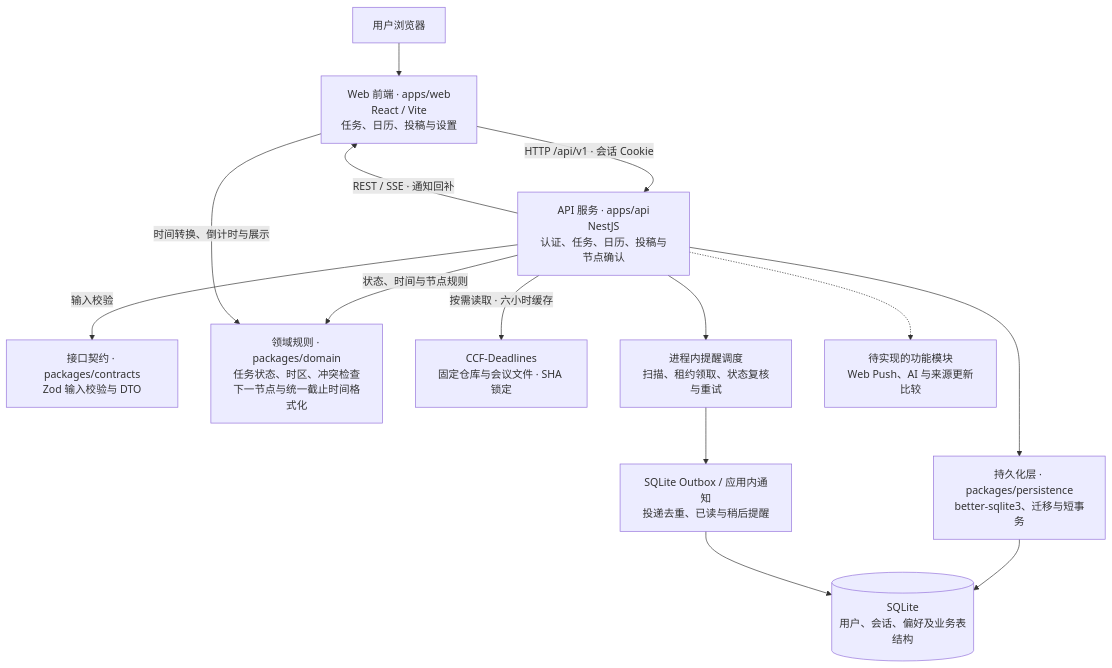
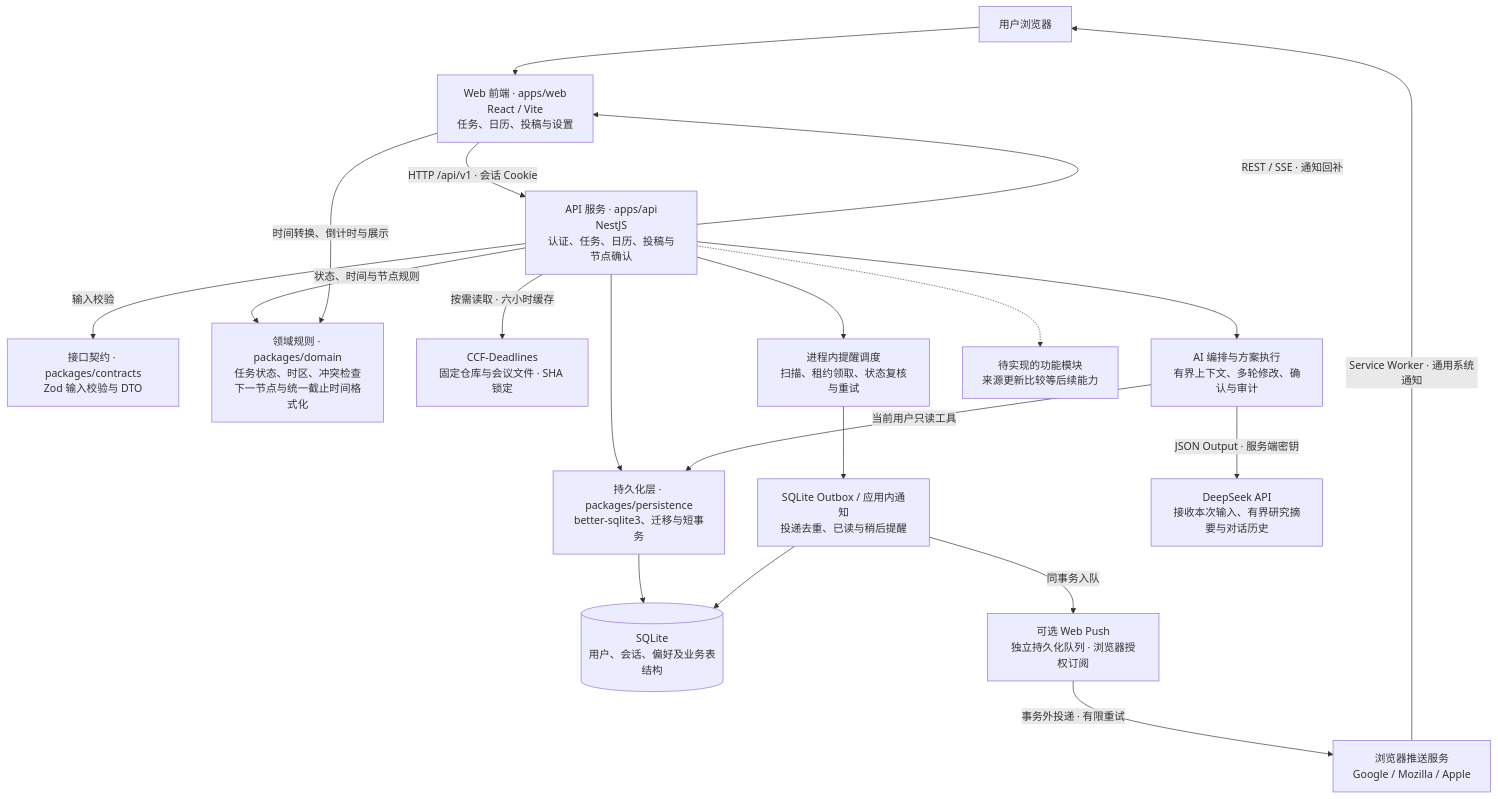
Before and after one commit to shenyang70s/daily-plan: the diagram in README.md, drawn with Mermaid. The commit also changed other lines of this file and 90 other files, not shown here.

````diff
--- a/README.md
+++ b/README.md
@@ -17,28 +27,38 @@
 ```mermaid
 flowchart TB
   browser["用户浏览器"]
   web["Web 前端 · apps/web<br/>React / Vite<br/>任务、日历、投稿与设置"]
   api["API 服务 · apps/api<br/>NestJS<br/>认证、任务、日历、投稿与节点确认"]
   contracts["接口契约 · packages/contracts<br/>Zod 输入校验与 DTO"]
   persistence["持久化层 · packages/persistence<br/>better-sqlite3、迁移与短事务"]
   db[("SQLite<br/>用户、会话、偏好及业务表结构")]
   domain["领域规则 · packages/domain<br/>任务状态、时区、冲突检查<br/>下一节点与统一截止时间格式化"]
   conferences["CCF-Deadlines<br/>固定仓库与会议文件 · SHA 锁定"]
   scheduler["进程内提醒调度<br/>扫描、租约领取、状态复核与重试"]
   outbox["SQLite Outbox / 应用内通知<br/>投递去重、已读与稍后提醒"]
-  planned["待实现的功能模块<br/>Web Push、AI 与来源更新比较"]
+  push["可选 Web Push<br/>独立持久化队列 · 浏览器授权订阅"]
+  provider["浏览器推送服务<br/>Google / Mozilla / Apple"]
+  ai["AI 编排与方案执行<br/>有界上下文、多轮修改、确认与审计"]
+  deepseek["DeepSeek API<br/>接收本次输入、有界研究摘要与对话历史"]
+  planned["待实现的功能模块<br/>来源更新比较等后续能力"]
 
   browser --> web
   web -->|"HTTP /api/v1 · 会话 Cookie"| api
   api -->|"输入校验"| contracts
   api --> persistence
   persistence --> db
   api -->|"状态、时间与节点规则"| domain
   web -->|"时间转换、倒计时与展示"| domain
   api -->|"按需读取 · 六小时缓存"| conferences
   api --> scheduler
   scheduler --> outbox
   outbox --> db
+  outbox -->|"同事务入队"| push
+  push -->|"事务外投递 · 有限重试"| provider
+  provider -->|"Service Worker · 通用系统通知"| browser
   api -->|"REST / SSE · 通知回补"| web
+  api --> ai
+  ai -->|"JSON Output · 服务端密钥"| deepseek
+  ai -->|"当前用户只读工具"| persistence
   api -.-> planned
 ```
````
